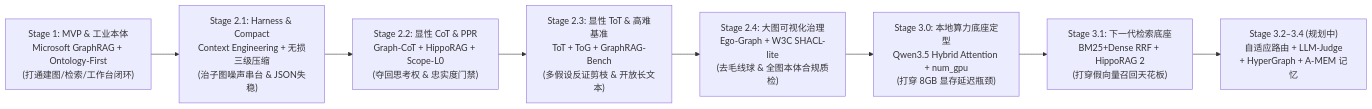
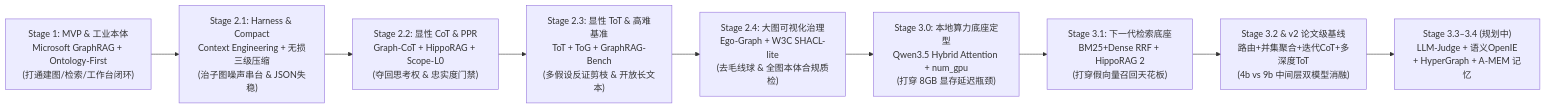
One commit to WindFromKadath/Causal-GraphRAG-Workbench changed the diagram in docs/evolution_and_papers_guide.md. Above: the diagram before and after it, drawn with Mermaid. The commit also changed other lines of this file and 25 other files, not shown here.

````diff
--- a/docs/evolution_and_papers_guide.md
+++ b/docs/evolution_and_papers_guide.md
@@ -12,13 +12,14 @@
 ```mermaid
 flowchart LR
     S1["Stage 1: MVP & 工业本体<br/>Microsoft GraphRAG + Ontology-First<br/>(打通建图/检索/工作台闭环)"]
     S21["Stage 2.1: Harness & Compact<br/>Context Engineering + 无损三级压缩<br/>(治子图噪声串台 & JSON失稳)"]
     S22["Stage 2.2: 显性 CoT & PPR<br/>Graph-CoT + HippoRAG + Scope-L0<br/>(夺回思考权 & 忠实度门禁)"]
     S23["Stage 2.3: 显性 ToT & 高难基准<br/>ToT + ToG + GraphRAG-Bench<br/>(多假设反证剪枝 & 开放长文本)"]
     S24["Stage 2.4: 大图可视化治理<br/>Ego-Graph + W3C SHACL-lite<br/>(去毛线球 & 全图本体合规质检)"]
     S30["Stage 3.0: 本地算力底座定型<br/>Qwen3.5 Hybrid Attention + num_gpu<br/>(打穿 8GB 显存延迟瓶颈)"]
     S31["Stage 3.1: 下一代检索底座<br/>BM25+Dense RRF + HippoRAG 2<br/>(打穿假向量召回天花板)"]
-    S3N["Stage 3.2–3.4 (规划中)<br/>自适应路由 + LLM-Judge<br/>+ HyperGraph + A-MEM 记忆"]
+    S32["Stage 3.2 & v2 论文级基线<br/>路由+并集聚合+迭代CoT+多深度ToT<br/>(4b vs 9b 中间层双模型消融)"]
+    S3N["Stage 3.3–3.4 (规划中)<br/>LLM-Judge + 语义OpenIE<br/>+ HyperGraph + A-MEM 记忆"]
 
-    S1 --> S21 --> S22 --> S23 --> S24 --> S30 --> S31 --> S3N
+    S1 --> S21 --> S22 --> S23 --> S24 --> S30 --> S31 --> S32 --> S3N
 ```
````
